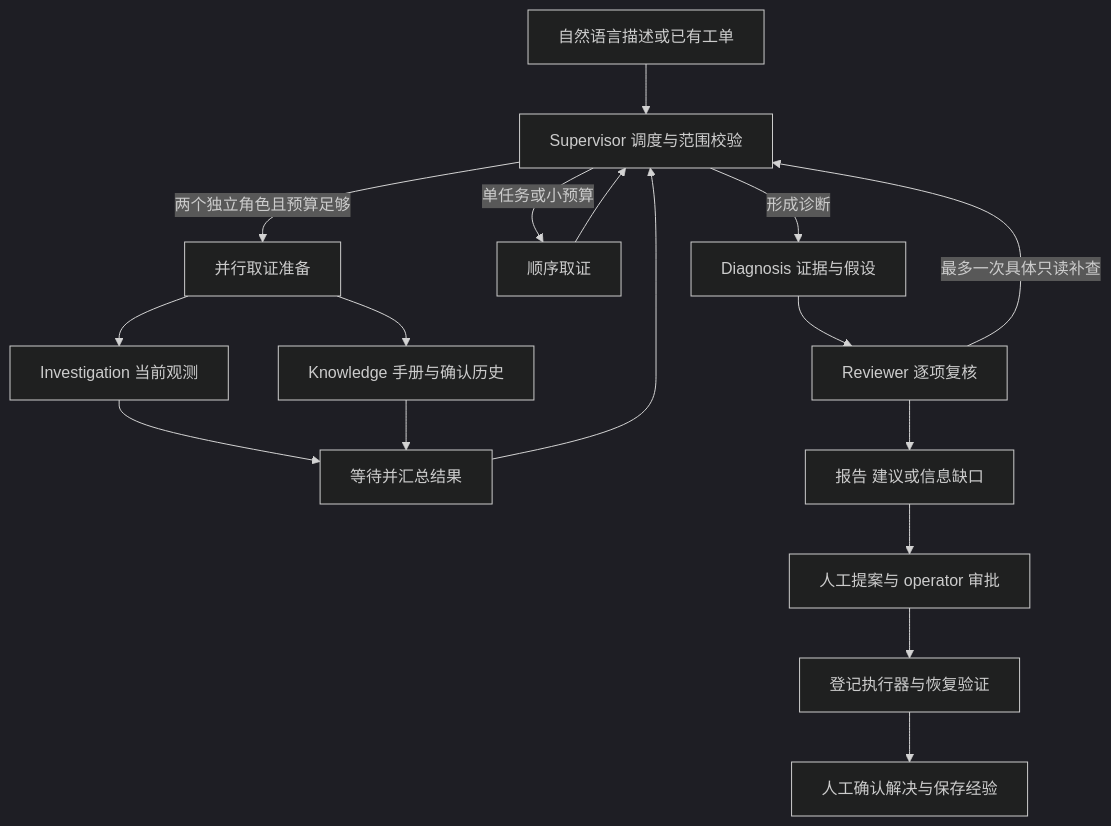
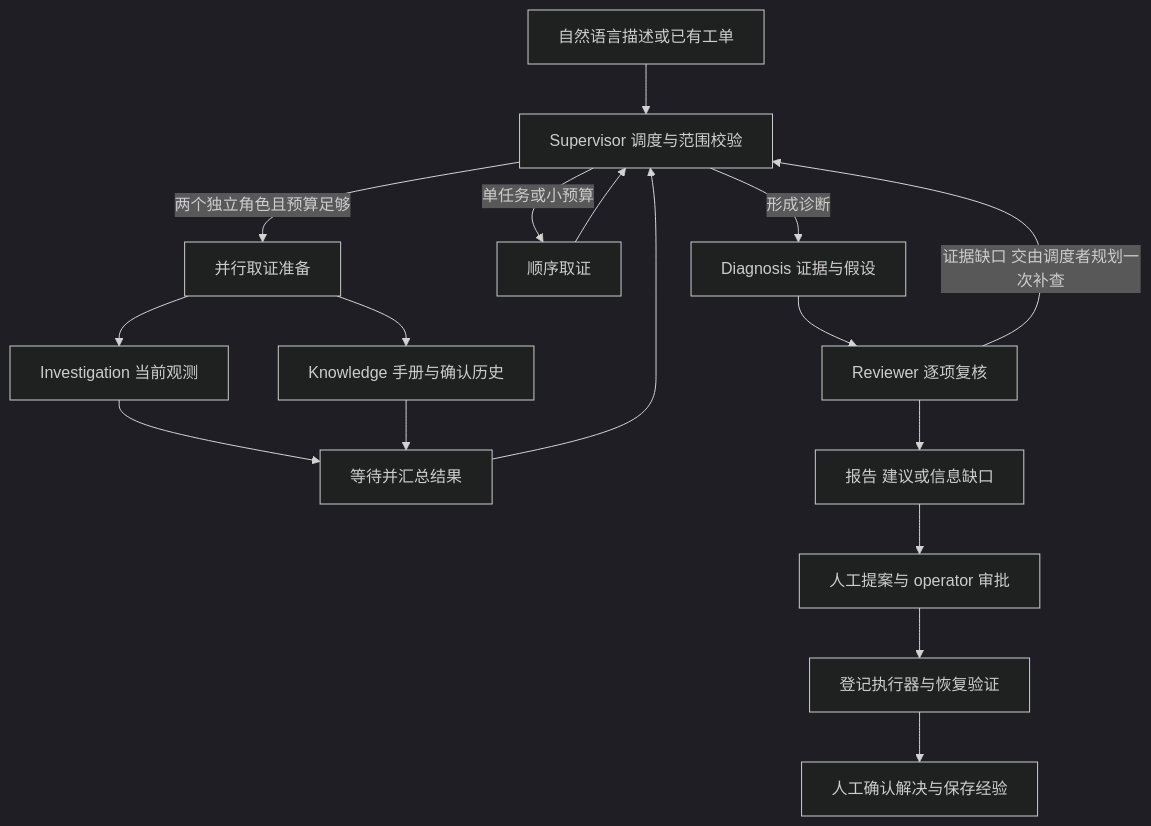
One commit to Heresy0/IT_Incident_Agent changed the diagram in README.md. Above: the diagram before and after it, drawn with Mermaid (dark theme). The commit also changed other lines of this file and 72 other files, not shown here.

````diff
--- a/README.md
+++ b/README.md
@@ -26,19 +26,19 @@
 ```mermaid
 flowchart TD
     U[自然语言描述或已有工单] --> S[Supervisor 调度与范围校验]
     S -->|两个独立角色且预算足够| P[并行取证准备]
     P --> I[Investigation 当前观测]
     P --> K[Knowledge 手册与确认历史]
     I --> J[等待并汇总结果]
     K --> J
     J --> S
     S -->|单任务或小预算| T[顺序取证]
     T --> S
     S -->|形成诊断| D[Diagnosis 证据与假设]
     D --> R[Reviewer 逐项复核]
-    R -->|最多一次具体只读补查| S
+    R -->|证据缺口 交由调度者规划一次补查| S
     R --> F[报告 建议或信息缺口]
     F --> A[人工提案与 operator 审批]
     A --> E[登记执行器与恢复验证]
     E --> H[人工确认解决与保存经验]
 ```
````
